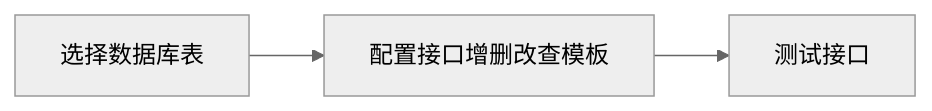
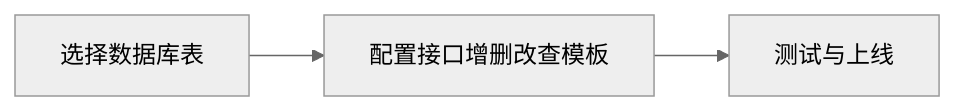
Before and after one commit to apilowcode/crud: the diagram in README.md, drawn with Mermaid (neutral theme). The commit also changed other lines of this file, not shown here.

````diff
--- a/README.md
+++ b/README.md
@@ -23,4 +66,4 @@
 ```mermaid
 flowchart LR
-    A[选择数据库表] --> B[配置接口增删改查模板] --> C[测试接口]
+    A[选择数据库表] --> B[配置接口增删改查模板] --> C[测试与上线]
 ```
````
